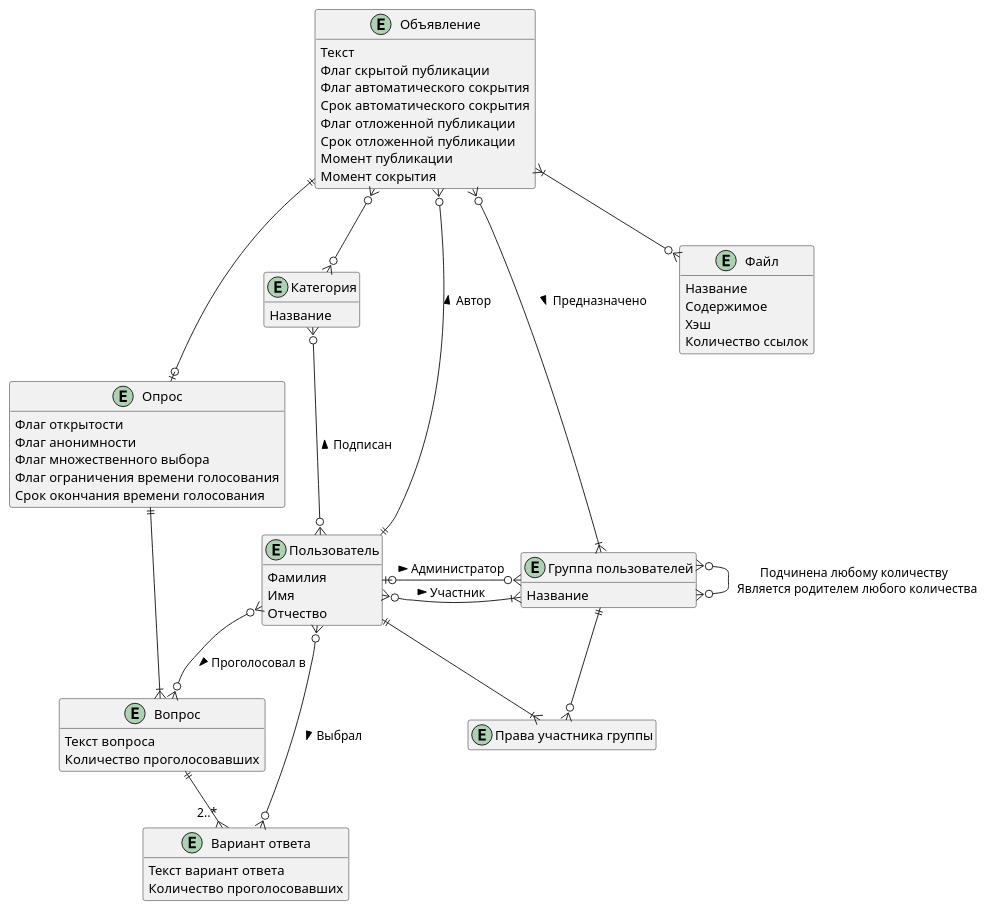
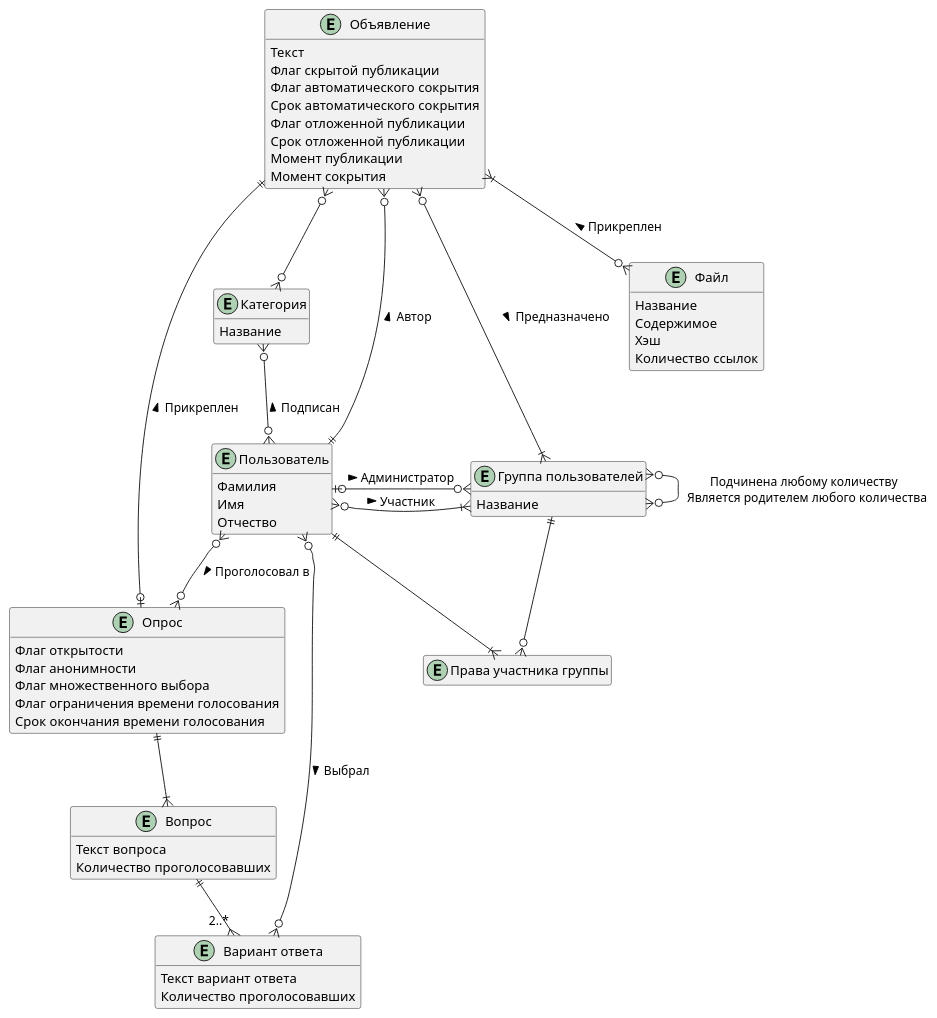
The diagram in doc/Диаграммы/er.puml (astu-app/ASTU-Bulletin-Board-Server), drawn with PlantUML before and after one commit. The commit also changed 3 other files, not shown here.

```diff
--- a/doc/Диаграммы/er.puml
+++ b/doc/Диаграммы/er.puml
@@ -1,76 +1,76 @@
 @startuml
 'https://plantuml.com/class-diagram
 
 hide methods
 
 entity "Пользователь" as user {
     Фамилия
     Имя
     Отчество
 }
 
 entity "Объявление" as announcement { 
     Текст
     Флаг скрытой публикации
     Флаг автоматического сокрытия
     Срок автоматического сокрытия
     Флаг отложенной публикации
     Срок отложенной публикации
     Момент публикации
     Момент сокрытия
 }
 announcement }o--|| user : < Автор
 
 entity "Категория" as category {
     Название
 }
 announcement }o--o{ category
 user }o-up-o{ category : > Подписан
 
 entity "Файл" as attachedFile { 
     Название
     Содержимое
     Хэш
     Количество ссылок
 }
-announcement }|--o{ attachedFile
+announcement }|--o{ attachedFile : < Прикреплен
 
 entity "Опрос" as survey {
     Флаг открытости
     Флаг анонимности
     Флаг множественного выбора
     Флаг ограничения времени голосования
     Срок окончания времени голосования
 }
-announcement ||--o| survey
+announcement ||--o| survey : < Прикреплен
+user }o--o{ survey : > Проголосовал в
 
 entity "Вопрос" as question {
     Текст вопроса
     Количество проголосовавших
 }
 survey ||--|{ question
-user }o--o{ question : > Проголосовал в
 
 entity "Вариант ответа" as answer {
     Текст вариант ответа
     Количество проголосовавших
 }
 question ||--{ "2..*" answer
 user }o--o{ answer : > Выбрал
 
 entity "Группа пользователей" as userGroup { 
     Название
 }
 announcement }o--|{ userGroup : > Предназначено
 user }o--|{ userGroup : > Участник
 user |o-right-o{ userGroup : > Администратор
 userGroup }o--o{ userGroup : Подчинена любому количеству \n Является родителем любого количества
 
 entity "Права участника группы" as memberRights {}
 hide memberRights members
 user ||--|{ memberRights
 userGroup ||--o{ memberRights
 
 
 
 @enduml
```
